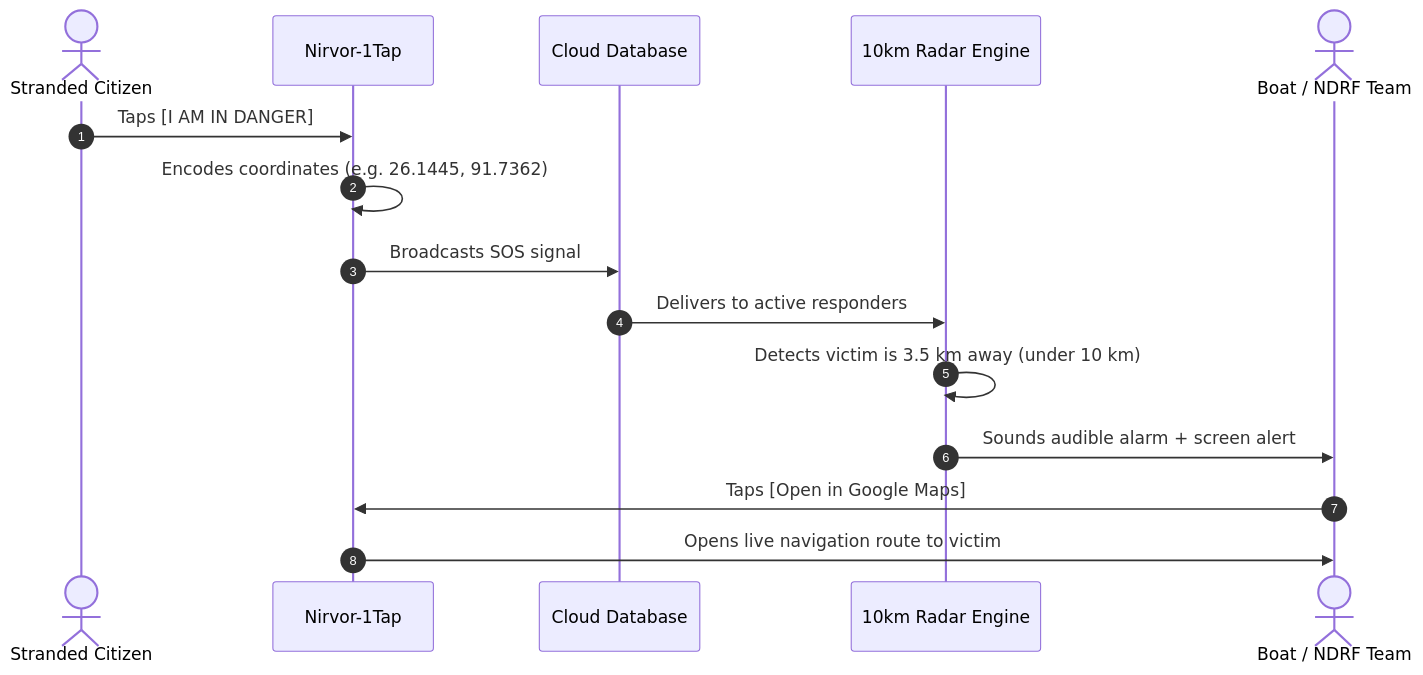
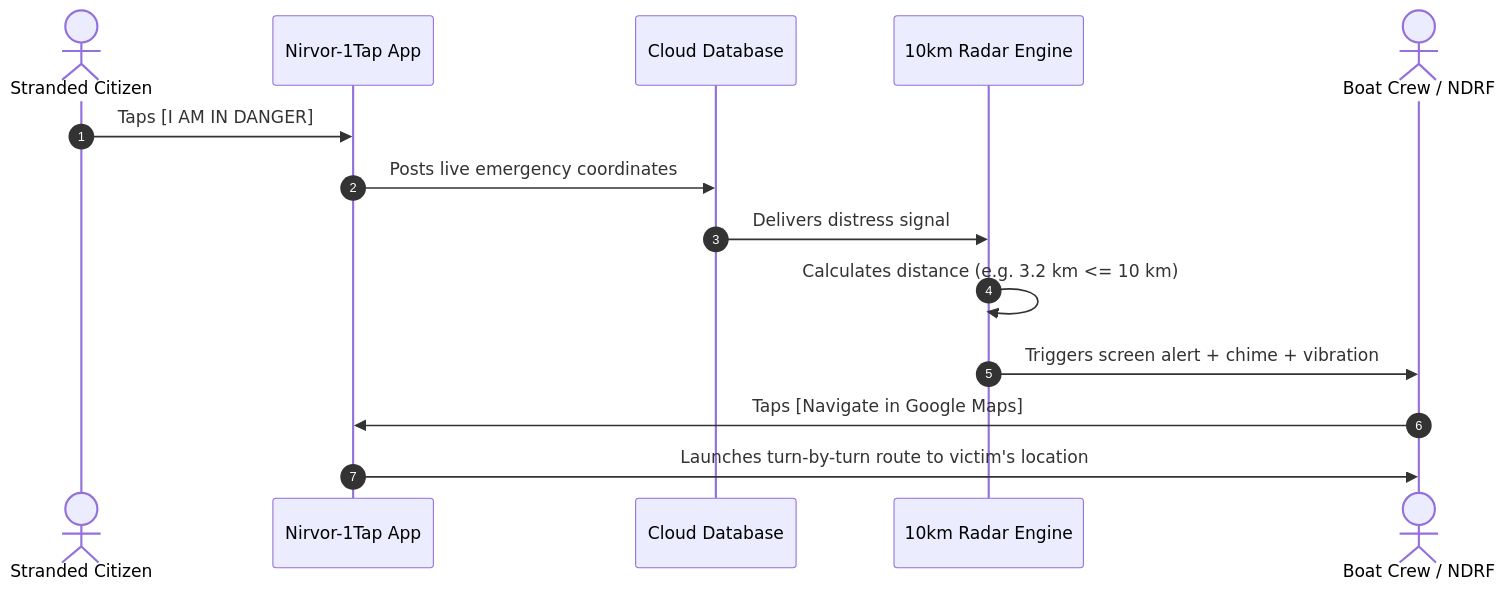
The second of 2 diagrams in README.md (Debojyoti1104/Nirvor-1Tap), drawn with Mermaid before and after one commit. The commit also changed other lines of this file, not shown here.

````diff
--- a/README.md
+++ b/README.md
@@ -80,18 +83,17 @@
 ```mermaid
 sequenceDiagram
     autonumber
     actor Victim as Stranded Citizen
-    participant App as Nirvor-1Tap
-    participant Cloud as Cloud Database
+    participant App as Nirvor-1Tap App
+    participant DB as Cloud Database
     participant Radar as 10km Radar Engine
-    actor Rescuer as Boat / NDRF Team
+    actor Rescuer as Boat Crew / NDRF
 
     Victim->>App: Taps [I AM IN DANGER]
-    App->>App: Encodes coordinates (e.g. 26.1445, 91.7362)
-    App->>Cloud: Broadcasts SOS signal
-    Cloud->>Radar: Delivers to active responders
-    Radar->>Radar: Detects victim is 3.5 km away (under 10 km)
-    Radar->>Rescuer: Sounds audible alarm + screen alert
-    Rescuer->>App: Taps [Open in Google Maps]
-    App->>Rescuer: Opens live navigation route to victim
+    App->>DB: Posts live emergency coordinates
+    DB->>Radar: Delivers distress signal
+    Radar->>Radar: Calculates distance (e.g. 3.2 km <= 10 km)
+    Radar->>Rescuer: Triggers screen alert + chime + vibration
+    Rescuer->>App: Taps [Navigate in Google Maps]
+    App->>Rescuer: Launches turn-by-turn route to victim's location
 ```
````
